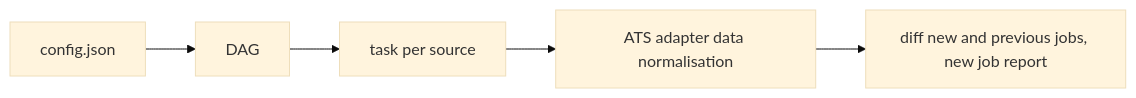
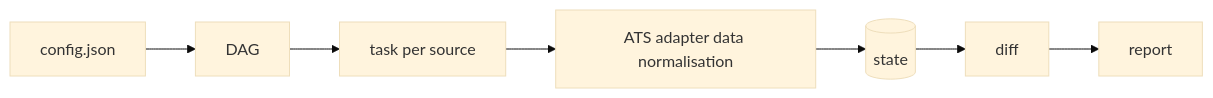
One commit to Muckds89/job-monitor changed the diagram in README.md. Above: the diagram before and after it, drawn with Mermaid (base theme). The commit also changed other lines of this file, not shown here.

````diff
--- a/README.md
+++ b/README.md
@@ -24,7 +24,9 @@
 ```mermaid
 flowchart LR
     A[config.json] --> B[DAG]
     B --> C[task per source]
     C --> D[ATS adapter data normalisation]
-    D --> E[diff new and previous jobs, new job report]
+    D --> E[(state)]
+    E --> F[diff]
+    F --> G[report]
 ```
````
